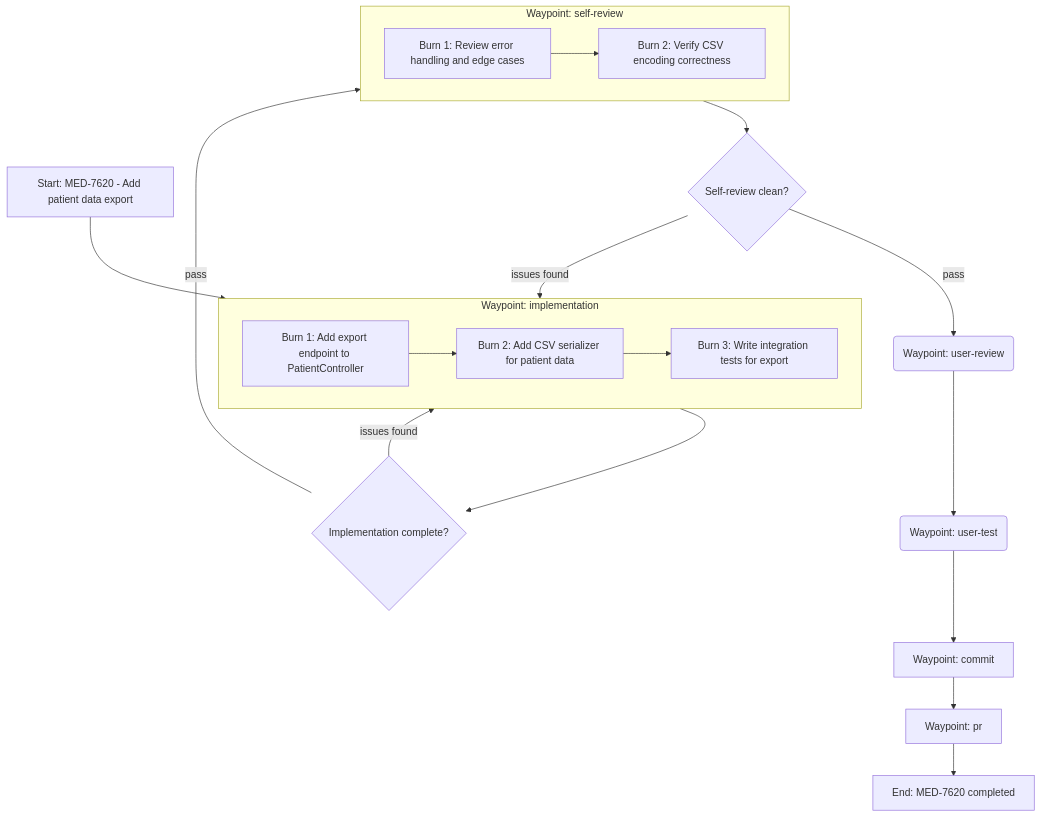
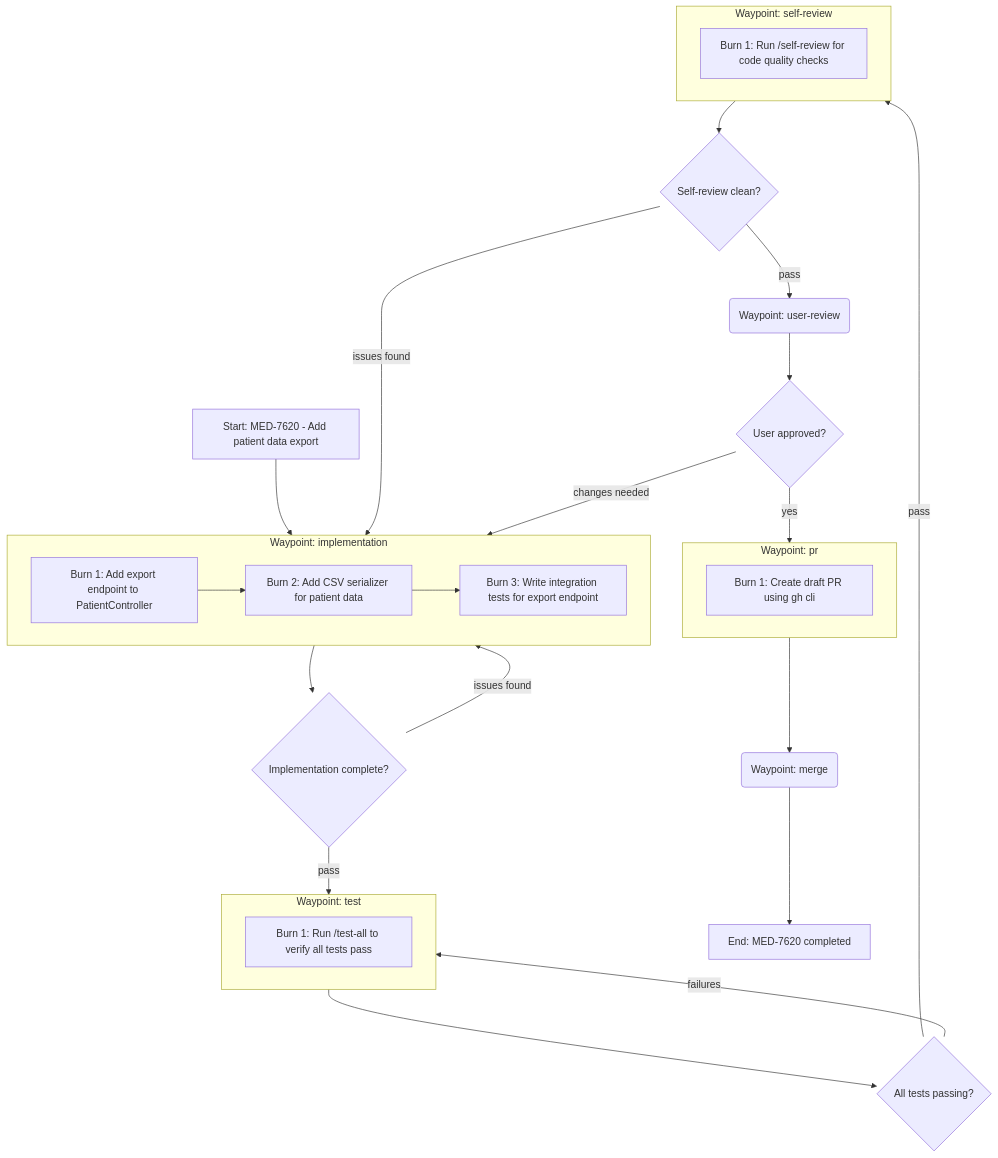
Before and after one commit to viktorvan/dot-files: the second of 2 diagrams in opencode/skill/plot-trajectory/SKILL.md, drawn with Mermaid. The commit also changed other lines of this file and 7 other files, not shown here.

````diff
--- a/opencode/skill/plot-trajectory/SKILL.md
+++ b/opencode/skill/plot-trajectory/SKILL.md
@@ -73,28 +82,41 @@
 ```mermaid
 flowchart TD
     Start[Start: MED-7620 - Add patient data export] --> WP1
 
     subgraph WP1[Waypoint: implementation]
         B1[Burn 1: Add export endpoint to PatientController]
         B1 --> B2[Burn 2: Add CSV serializer for patient data]
-        B2 --> B3[Burn 3: Write integration tests for export]
+        B2 --> B3[Burn 3: Write integration tests for export endpoint]
     end
 
     WP1 --> D1{Implementation complete?}
     D1 -->|pass| WP2
     D1 -->|issues found| WP1
 
-    subgraph WP2[Waypoint: self-review]
-        SR1[Burn 1: Review error handling and edge cases]
-        SR1 --> SR2[Burn 2: Verify CSV encoding correctness]
+    subgraph WP2[Waypoint: test]
+        T1[Burn 1: Run /test-all to verify all tests pass]
     end
 
-    WP2 --> D2{Self-review clean?}
-    D2 -->|pass| WP3(Waypoint: user-review)
-    D2 -->|issues found| WP1
+    WP2 --> D2{All tests passing?}
+    D2 -->|pass| WP3
+    D2 -->|failures| WP2
 
-    WP3 --> WP4(Waypoint: user-test)
-    WP4 --> WP5[Waypoint: commit]
-    WP5 --> WP6[Waypoint: pr]
+    subgraph WP3[Waypoint: self-review]
+        SR1[Burn 1: Run /self-review for code quality checks]
+    end
+
+    WP3 --> D3{Self-review clean?}
+    D3 -->|pass| WP4(Waypoint: user-review)
+    D3 -->|issues found| WP1
+
+    WP4 --> D4{User approved?}
+    D4 -->|yes| WP5
+    D4 -->|changes needed| WP1
+
+    subgraph WP5[Waypoint: pr]
+        PR1[Burn 1: Create draft PR using gh cli]
+    end
+
+    WP5 --> WP6(Waypoint: merge)
     WP6 --> Done[End: MED-7620 completed]
 ```
````
